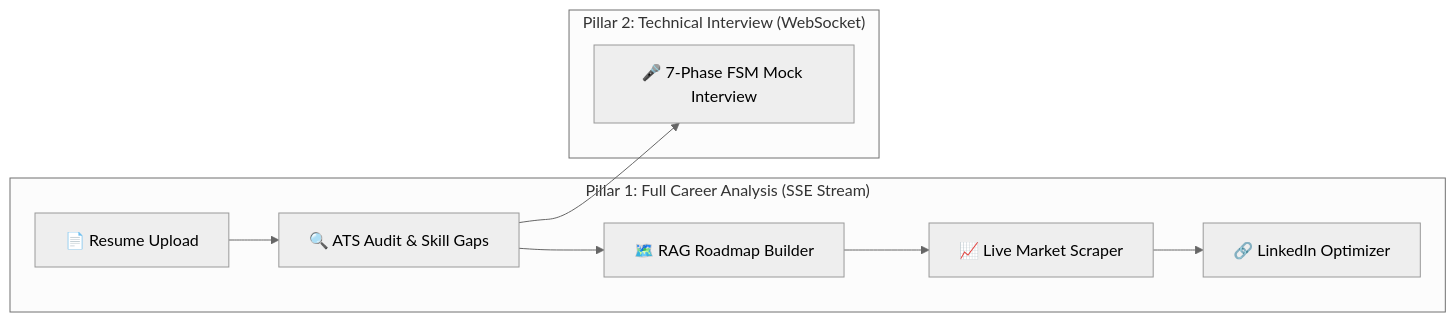
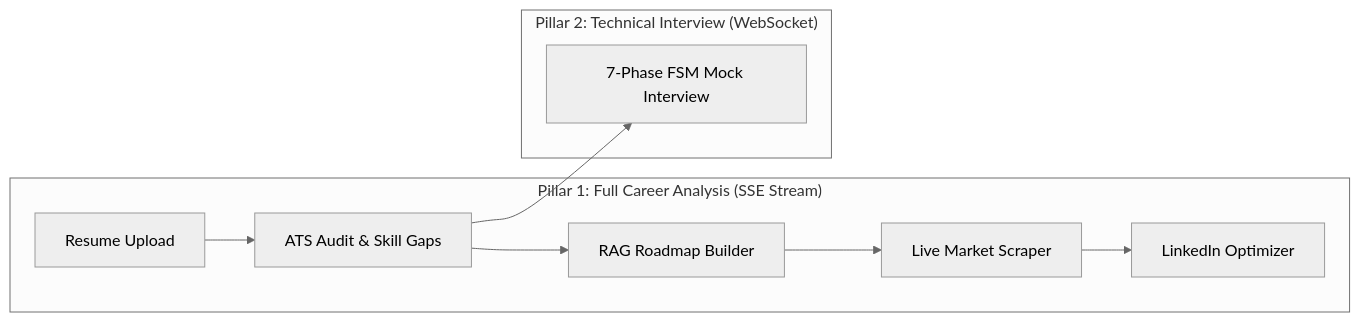
One commit to Anil-Pradhan-web/ai-career-mentor changed the third of 12 diagrams in README.md. Above: the diagram before and after it, drawn with Mermaid (neutral theme). The commit also changed other lines of this file and 2 other files, not shown here.

Commit message:
docs: add high-resolution system architecture diagram image to README.md and ARCHITECTURE.md

````diff
--- a/README.md
+++ b/README.md
@@ -194,13 +194,13 @@
 ```mermaid
 flowchart LR
     subgraph "Pillar 1: Full Career Analysis (SSE Stream)"
-        A["📄 Resume Upload"] --> B["🔍 ATS Audit & Skill Gaps"]
-        B --> C["🗺️ RAG Roadmap Builder"]
-        C --> D["📈 Live Market Scraper"]
-        D --> E["🔗 LinkedIn Optimizer"]
+        A["Resume Upload"] --> B["ATS Audit & Skill Gaps"]
+        B --> C["RAG Roadmap Builder"]
+        C --> D["Live Market Scraper"]
+        D --> E["LinkedIn Optimizer"]
     end
 
     subgraph "Pillar 2: Technical Interview (WebSocket)"
-        B --> F["🎤 7-Phase FSM Mock Interview"]
+        B --> F["7-Phase FSM Mock Interview"]
     end
 ```
````
